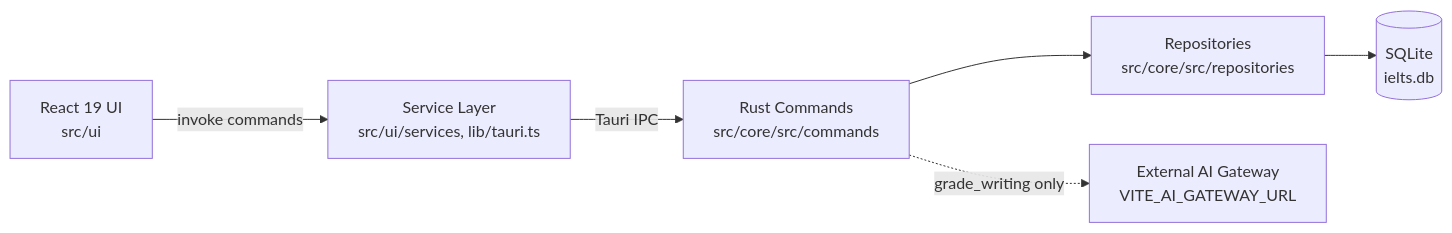
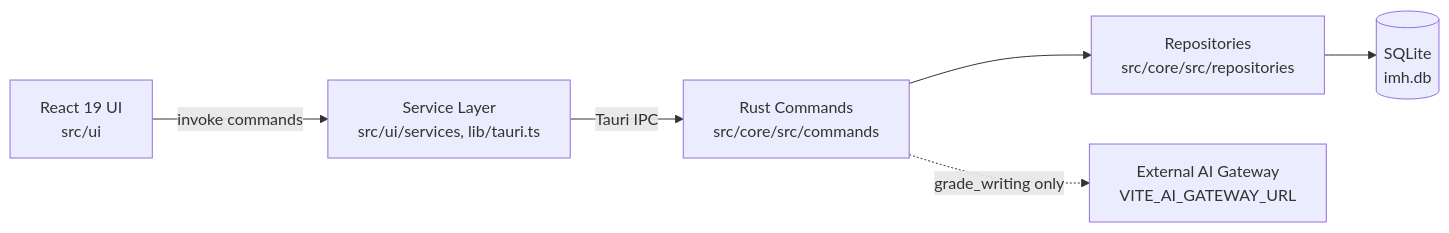
One commit to open-lingua/ielts-mastery-hub changed the diagram in website/docs/internals/architecture/overview.mdx. Above: the diagram before and after it, drawn with Mermaid. The commit also changed other lines of this file and 11 other files, not shown here.

Commit message:
chore: rename database file from ielts.db to imh.db

````diff
--- a/website/docs/internals/architecture/overview.mdx
+++ b/website/docs/internals/architecture/overview.mdx
@@ -10,8 +10,8 @@
 ```mermaid
 graph LR
   UI[React 19 UI<br/>src/ui] -->|invoke commands| SVC[Service Layer<br/>src/ui/services, lib/tauri.ts]
   SVC -->|Tauri IPC| CMD[Rust Commands<br/>src/core/src/commands]
   CMD --> REPO[Repositories<br/>src/core/src/repositories]
-  REPO --> DB[(SQLite<br/>ielts.db)]
+  REPO --> DB[(SQLite<br/>imh.db)]
   CMD -.grade_writing only.-> GW[External AI Gateway<br/>VITE_AI_GATEWAY_URL]
 ```
````
